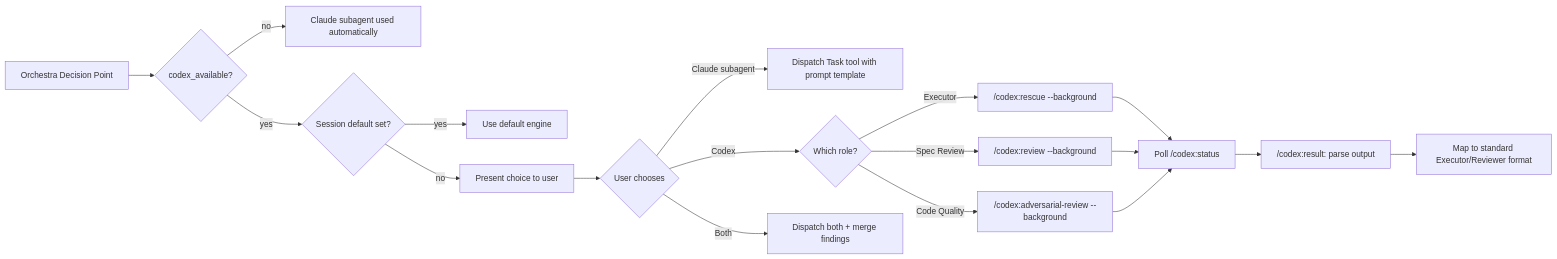
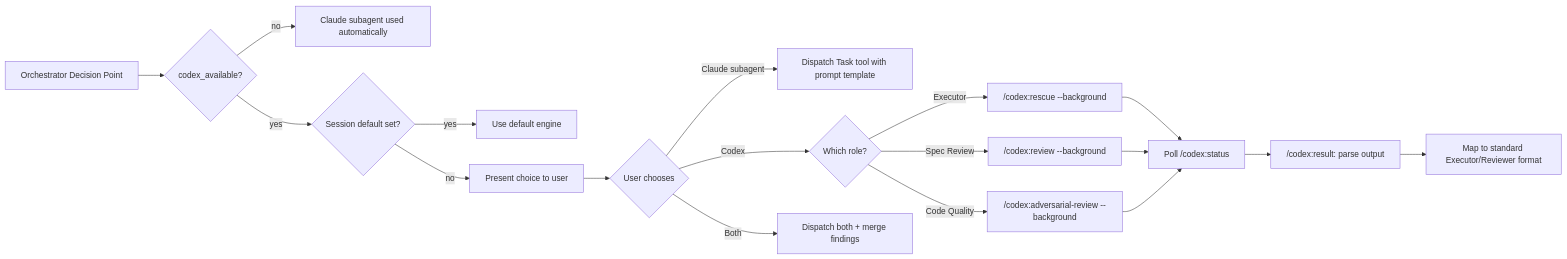
Before and after one commit to kuicao55/super-harness: the third of 3 diagrams in README.md, drawn with Mermaid. The commit also changed other lines of this file and 13 other files, not shown here.

First line of the commit message:
refactor: rename Orchestra → Orchestrator for role clarity

````diff
--- a/README.md
+++ b/README.md
@@ -318,23 +318,23 @@
 ```mermaid
 flowchart LR
-    A["Orchestra Decision Point"] --> B{codex_available?}
+    A["Orchestrator Decision Point"] --> B{codex_available?}
     B -->|no| C[Claude subagent used automatically]
     B -->|yes| D{Session default set?}
     D -->|yes| E[Use default engine]
     D -->|no| F[Present choice to user]
 
     F --> G{User chooses}
     G -->|Claude subagent| H[Dispatch Task tool with prompt template]
     G -->|Codex| I{Which role?}
     G -->|Both| J[Dispatch both + merge findings]
 
     I -->|Executor| K["/codex:rescue --background"]
     I -->|Spec Review| L["/codex:review --background"]
     I -->|Code Quality| M["/codex:adversarial-review --background"]
 
     K --> N[Poll /codex:status]
     L --> N
     M --> N
     N --> O["/codex:result: parse output"]
     O --> P[Map to standard Executor/Reviewer format]
 ```
````
